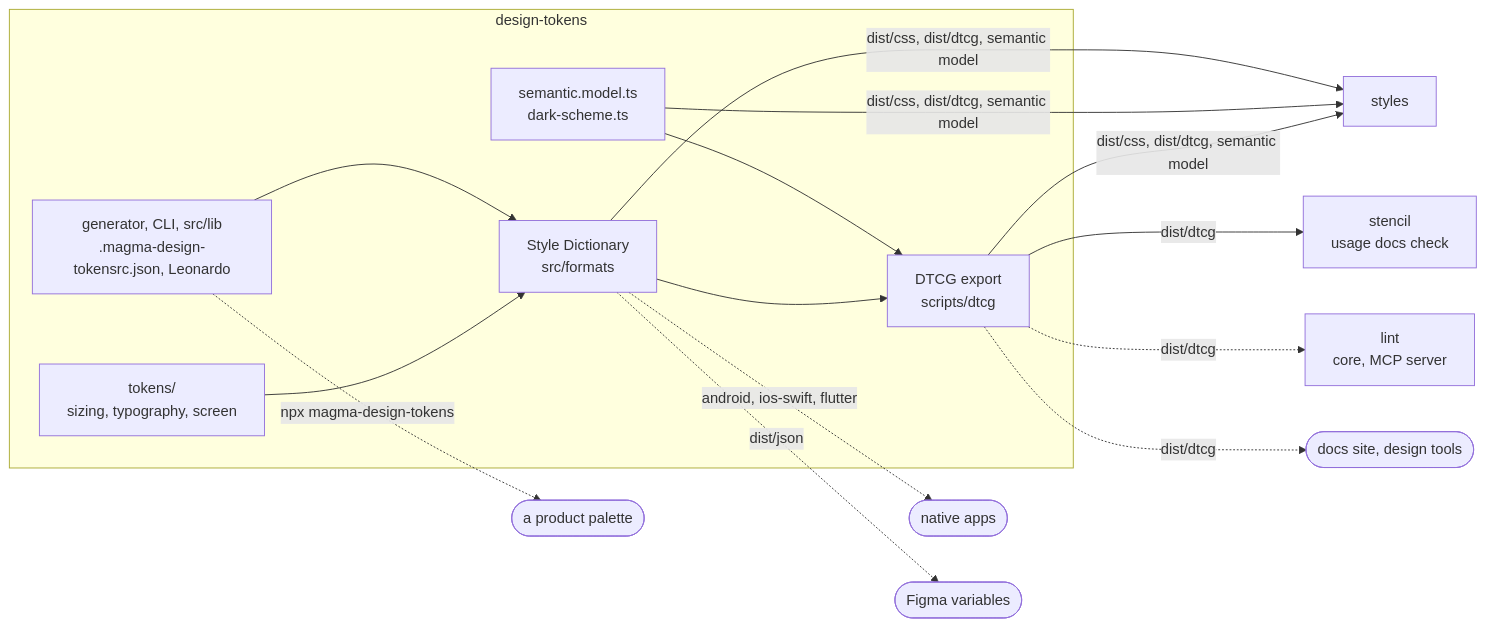
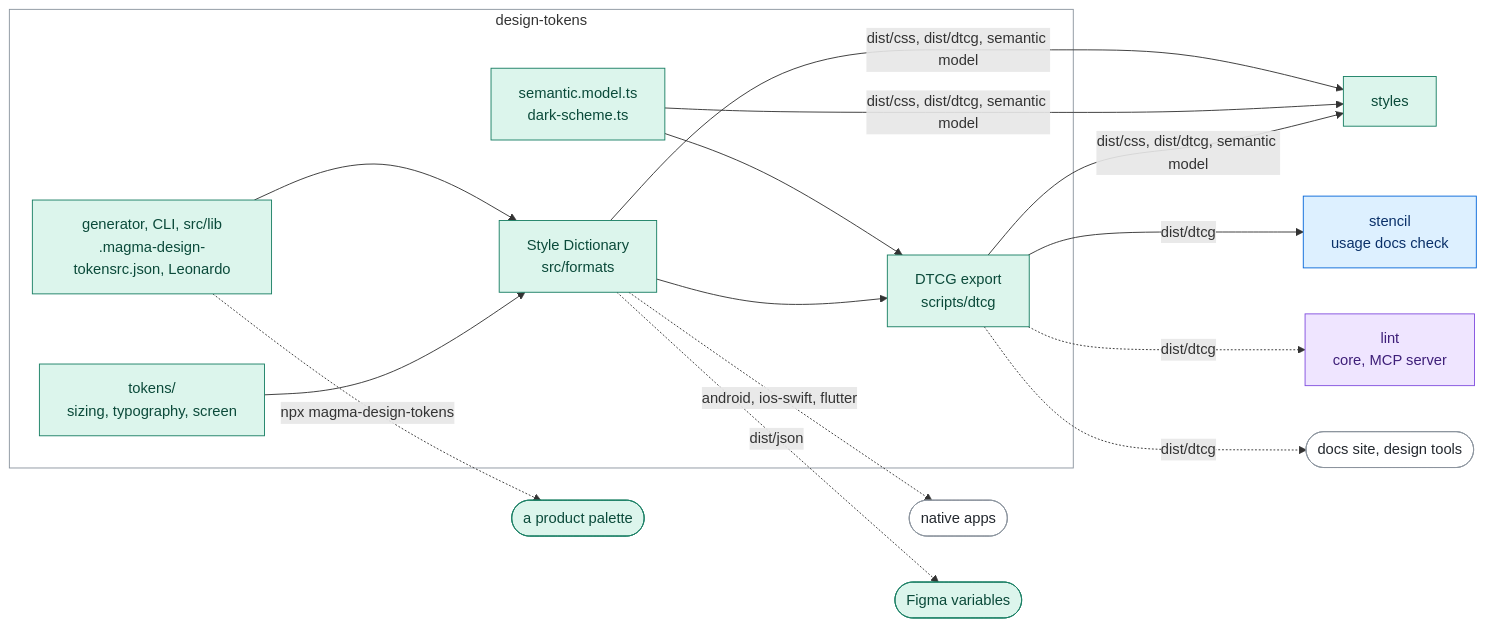
One commit to magma-design-system/magma changed the diagram in projects/design-tokens/README.md. Above: the diagram before and after it, drawn with Mermaid. The commit also changed other lines of this file and 11 other files, not shown here.

First line of the commit message:
docs(magma): colour the diagrams of the projects by axis

````diff
--- a/projects/design-tokens/README.md
+++ b/projects/design-tokens/README.md
@@ -14,21 +14,33 @@
 ```mermaid
 flowchart LR
   subgraph dt["design-tokens"]
     GEN["generator, CLI, src/lib<br/>.magma-design-tokensrc.json, Leonardo"]
     TOK["tokens/<br/>sizing, typography, screen"]
     SD["Style Dictionary<br/>src/formats"]
     MODEL["semantic.model.ts<br/>dark-scheme.ts"]
     DTCG["DTCG export<br/>scripts/dtcg"]
     GEN --> SD
     TOK --> SD
     MODEL --> DTCG
     SD --> DTCG
   end
   SD & MODEL & DTCG -->|"dist/css, dist/dtcg, semantic model"| ST["styles"]
   DTCG -->|"dist/dtcg"| WC["stencil<br/>usage docs check"]
   DTCG -.->|"dist/dtcg"| LINT["lint<br/>core, MCP server"]
   DTCG -.->|"dist/dtcg"| DOCS(["docs site, design tools"])
   SD -.->|"android, ios-swift, flutter"| NATIVE(["native apps"])
   SD -.->|"dist/json"| FIGMA(["Figma variables"])
   GEN -.->|"npx magma-design-tokens"| PROD(["a product palette"])
+  class LINT ai
+  class GEN,TOK,SD,MODEL,DTCG,ST,FIGMA,PROD visual
+  class WC components
+  class DOCS,NATIVE outside
+  class dt area
+  classDef ai fill:#efe5ff,stroke:#8250df,color:#3e1f79
+  classDef assets fill:#fff1d6,stroke:#bf8700,color:#5c3d00
+  classDef visual fill:#dcf5ec,stroke:#1a7f64,color:#0b4a3a
+  classDef components fill:#ddf0ff,stroke:#0969da,color:#0a3069
+  classDef tooling fill:#eceff3,stroke:#57606a,color:#24292f
+  classDef outside fill:#ffffff,stroke:#8c959f,color:#24292f
+  classDef area fill:none,stroke:#8c959f
 ```
````
